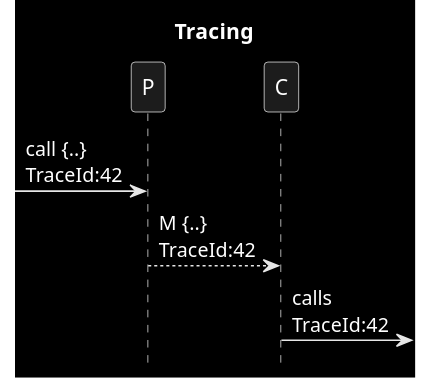
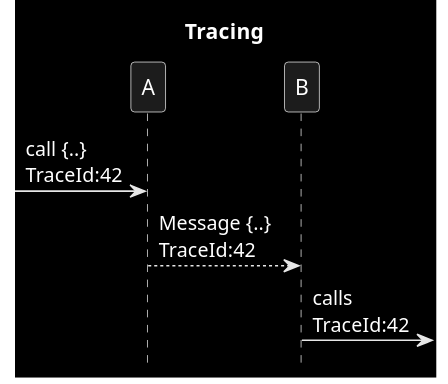
The diagram in patterns/8_tracing.puml (victorrentea/kafka), drawn with PlantUML before and after one commit. The commit also changed 47 other files, not shown here.

```diff
--- a/patterns/8_tracing.puml
+++ b/patterns/8_tracing.puml
@@ -1,9 +1,9 @@
 @startuml
 title Tracing
 hide footbox
 skinparam monochrome reverse
 
-->P:call {..} \nTraceId:42
-P-->C: M {..} \nTraceId:42
-C->:calls \nTraceId:42
+->A:call {..} \nTraceId:42
+A-->B: Message {..} \nTraceId:42
+B->:calls \nTraceId:42
 @enduml
```
